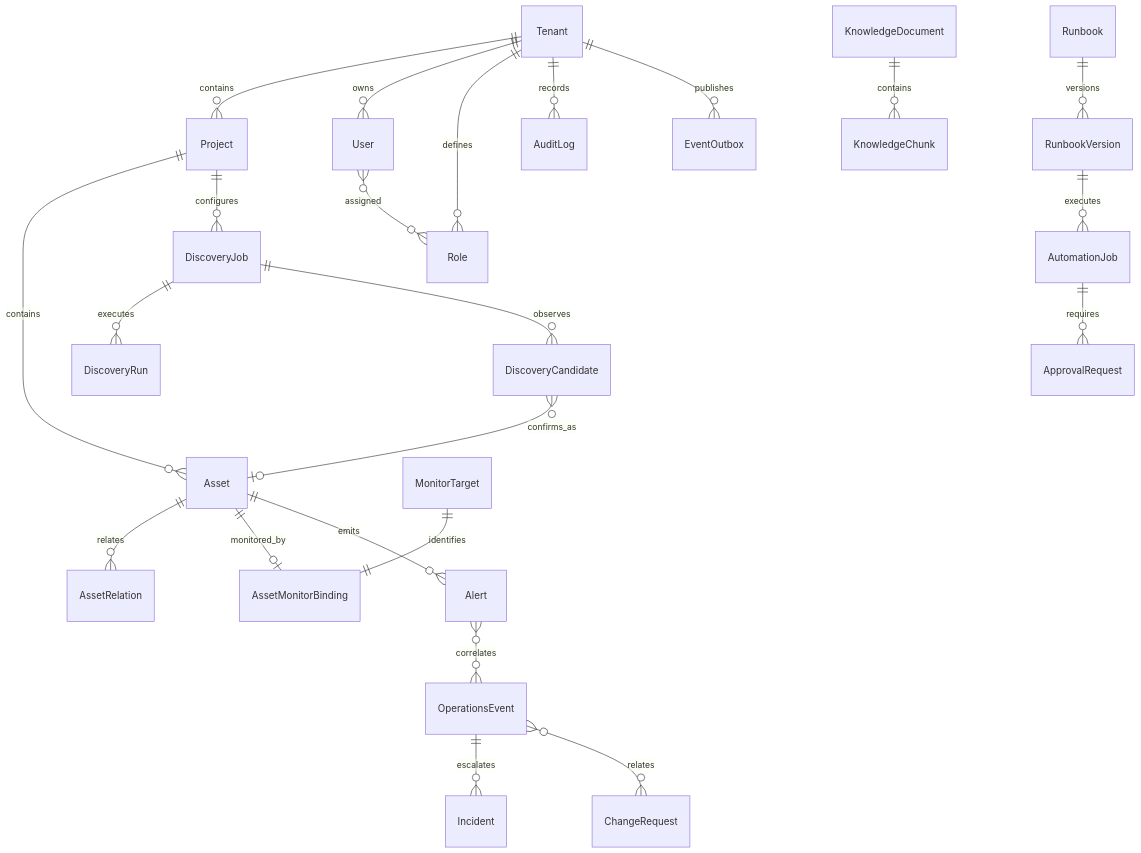
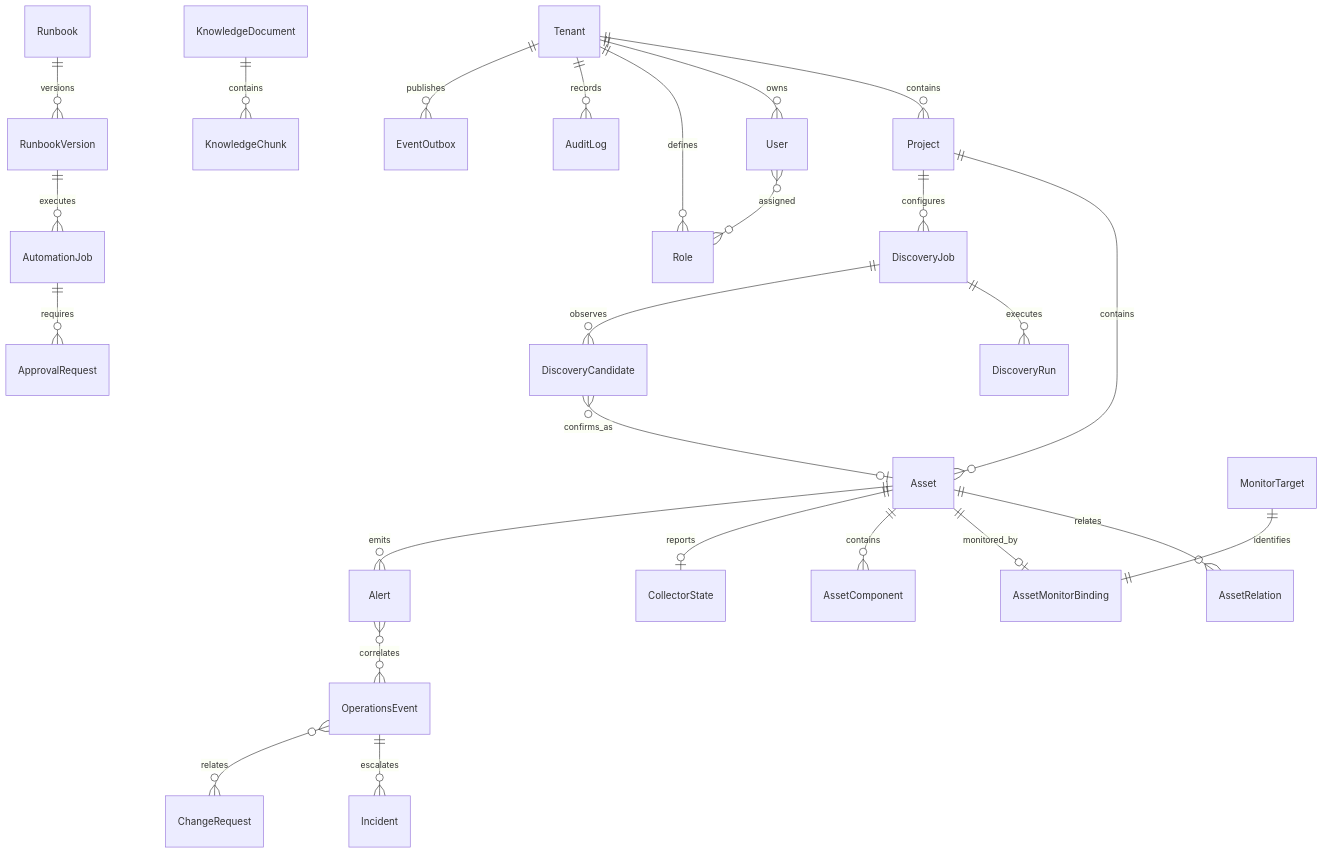
One commit to AniMeQin/aiops-x-enterprise-new changed the diagram in docs/DATA_MODEL.md. Above: the diagram before and after it, drawn with Mermaid. The commit also changed other lines of this file and 14 other files, not shown here.

Commit message:
feat: persist asset components and collector health

````diff
--- a/docs/DATA_MODEL.md
+++ b/docs/DATA_MODEL.md
@@ -6,25 +6,27 @@
 ```mermaid
 erDiagram
   Tenant ||--o{ Project : contains
   Tenant ||--o{ User : owns
   Tenant ||--o{ Role : defines
   User }o--o{ Role : assigned
   Project ||--o{ Asset : contains
   Asset ||--o{ AssetRelation : relates
   Asset ||--o| AssetMonitorBinding : monitored_by
   MonitorTarget ||--|| AssetMonitorBinding : identifies
   Project ||--o{ DiscoveryJob : configures
   DiscoveryJob ||--o{ DiscoveryRun : executes
   DiscoveryJob ||--o{ DiscoveryCandidate : observes
   DiscoveryCandidate }o--o| Asset : confirms_as
+  Asset ||--o{ AssetComponent : contains
+  Asset ||--o| CollectorState : reports
   Asset ||--o{ Alert : emits
   Alert }o--o{ OperationsEvent : correlates
   OperationsEvent ||--o{ Incident : escalates
   OperationsEvent }o--o{ ChangeRequest : relates
   Runbook ||--o{ RunbookVersion : versions
   RunbookVersion ||--o{ AutomationJob : executes
   AutomationJob ||--o{ ApprovalRequest : requires
   KnowledgeDocument ||--o{ KnowledgeChunk : contains
   Tenant ||--o{ AuditLog : records
   Tenant ||--o{ EventOutbox : publishes
 ```
````
